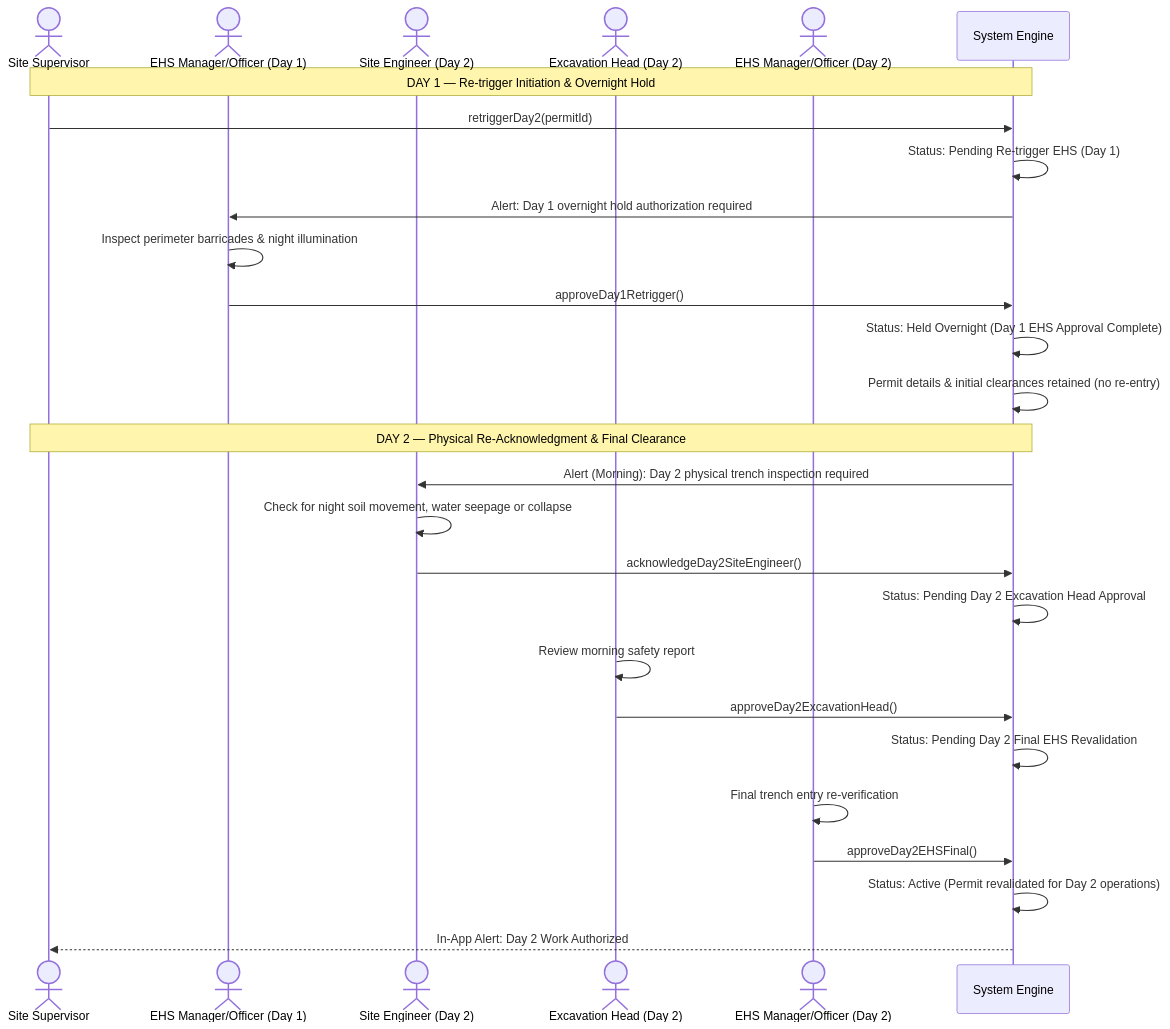
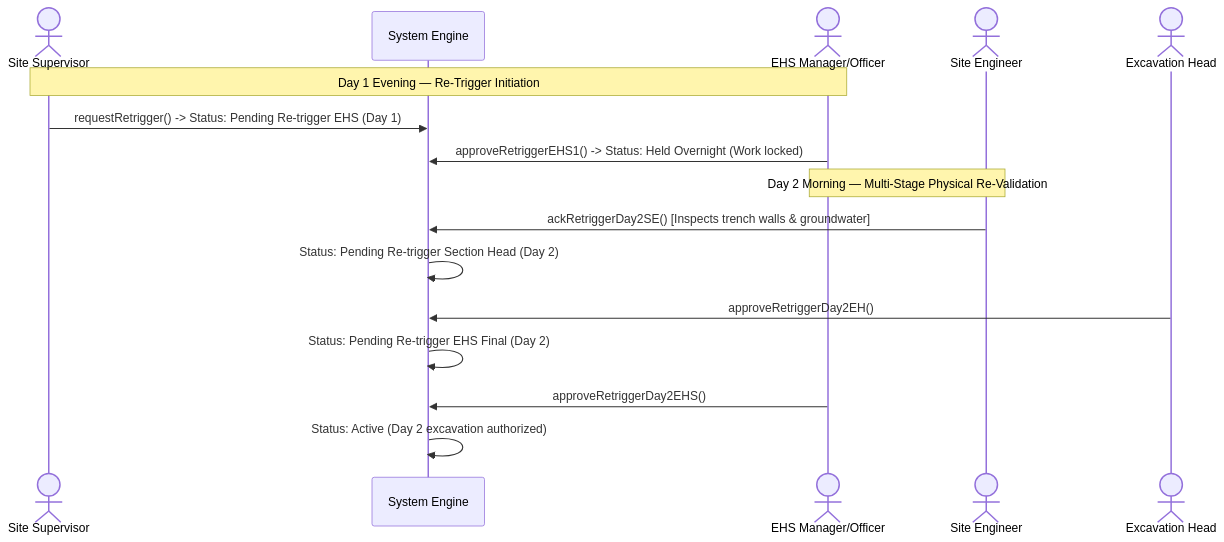
One commit to AuroGroupAutomationBot/ARPL-EHS-Demo changed diagram 20 of 29 in README.md. Above: the diagram before and after it, drawn with Mermaid. The commit also changed other lines of this file and 4 other files, not shown here.

````diff
--- a/README.md
+++ b/README.md
@@ -1264,34 +1467,20 @@
 ```mermaid
 sequenceDiagram
     actor SS as Site Supervisor
-    actor EHS1 as EHS Manager/Officer (Day 1)
-    actor SE2 as Site Engineer (Day 2)
-    actor EH2 as Excavation Head (Day 2)
-    actor EHS2 as EHS Manager/Officer (Day 2)
     participant SYS as System Engine
+    actor EHS as EHS Manager/Officer
+    actor SE as Site Engineer
+    actor EH as Excavation Head
 
-    Note over SS,SYS: DAY 1 — Re-trigger Initiation & Overnight Hold
-    SS->>SYS: retriggerDay2(permitId)
-    SYS->>SYS: Status: Pending Re-trigger EHS (Day 1)
-    SYS->>EHS1: Alert: Day 1 overnight hold authorization required
+    Note over SS,EHS: Day 1 Evening — Re-Trigger Initiation
+    SS->>SYS: requestRetrigger() -> Status: Pending Re-trigger EHS (Day 1)
+    EHS->>SYS: approveRetriggerEHS1() -> Status: Held Overnight (Work locked)
 
-    EHS1->>EHS1: Inspect perimeter barricades & night illumination
-    EHS1->>SYS: approveDay1Retrigger()
-    SYS->>SYS: Status: Held Overnight (Day 1 EHS Approval Complete)
-    SYS->>SYS: Permit details & initial clearances retained (no re-entry)
-
-    Note over SS,SYS: DAY 2 — Physical Re-Acknowledgment & Final Clearance
-    SYS->>SE2: Alert (Morning): Day 2 physical trench inspection required
-    SE2->>SE2: Check for night soil movement, water seepage or collapse
-    SE2->>SYS: acknowledgeDay2SiteEngineer()
-    SYS->>SYS: Status: Pending Day 2 Excavation Head Approval
-
-    EH2->>EH2: Review morning safety report
-    EH2->>SYS: approveDay2ExcavationHead()
-    SYS->>SYS: Status: Pending Day 2 Final EHS Revalidation
-
-    EHS2->>EHS2: Final trench entry re-verification
-    EHS2->>SYS: approveDay2EHSFinal()
-    SYS->>SYS: Status: Active (Permit revalidated for Day 2 operations)
-    SYS-->>SS: In-App Alert: Day 2 Work Authorized
+    Note over SE,EHS: Day 2 Morning — Multi-Stage Physical Re-Validation
+    SE->>SYS: ackRetriggerDay2SE() [Inspects trench walls & groundwater]
+    SYS->>SYS: Status: Pending Re-trigger Section Head (Day 2)
+    EH->>SYS: approveRetriggerDay2EH()
+    SYS->>SYS: Status: Pending Re-trigger EHS Final (Day 2)
+    EHS->>SYS: approveRetriggerDay2EHS()
+    SYS->>SYS: Status: Active (Day 2 excavation authorized)
 ```
````
